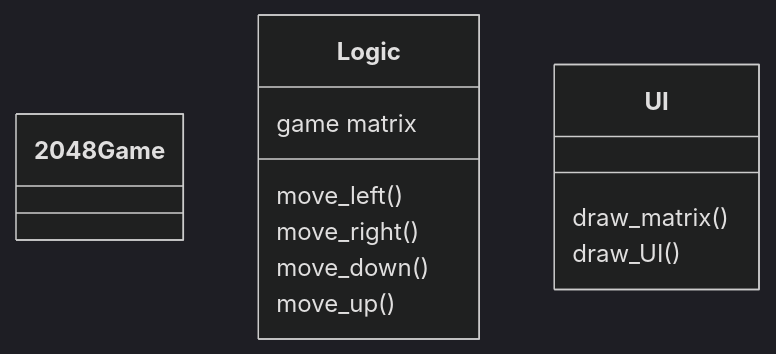
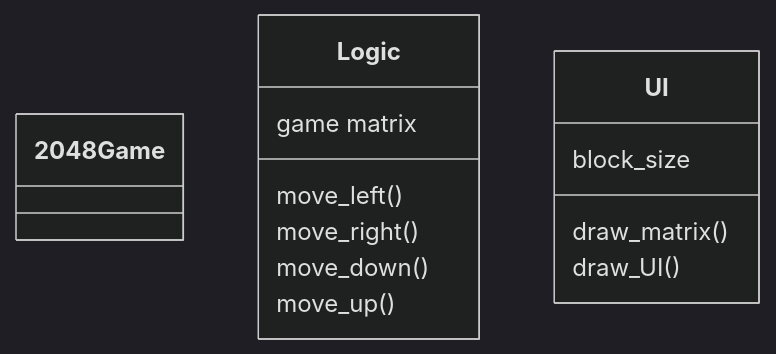
The diagram in Dokumentaatio/arkkitehtuuri.md (Jusq17/ot-harjoitustyo), drawn with Mermaid (dark theme) before and after one commit.

````diff
--- a/Dokumentaatio/arkkitehtuuri.md
+++ b/Dokumentaatio/arkkitehtuuri.md
@@ -2,22 +2,23 @@
 ```mermaid
 
   classDiagram
   
   class 2048 Game{
   
   }
   
   class Logic{
     game matrix
     move_left()
     move_right()
     move_down()
     move_up()
   }
   
   class UI{
+    block_size
     draw_matrix()
     draw_UI()
   }
 
 ```
````
